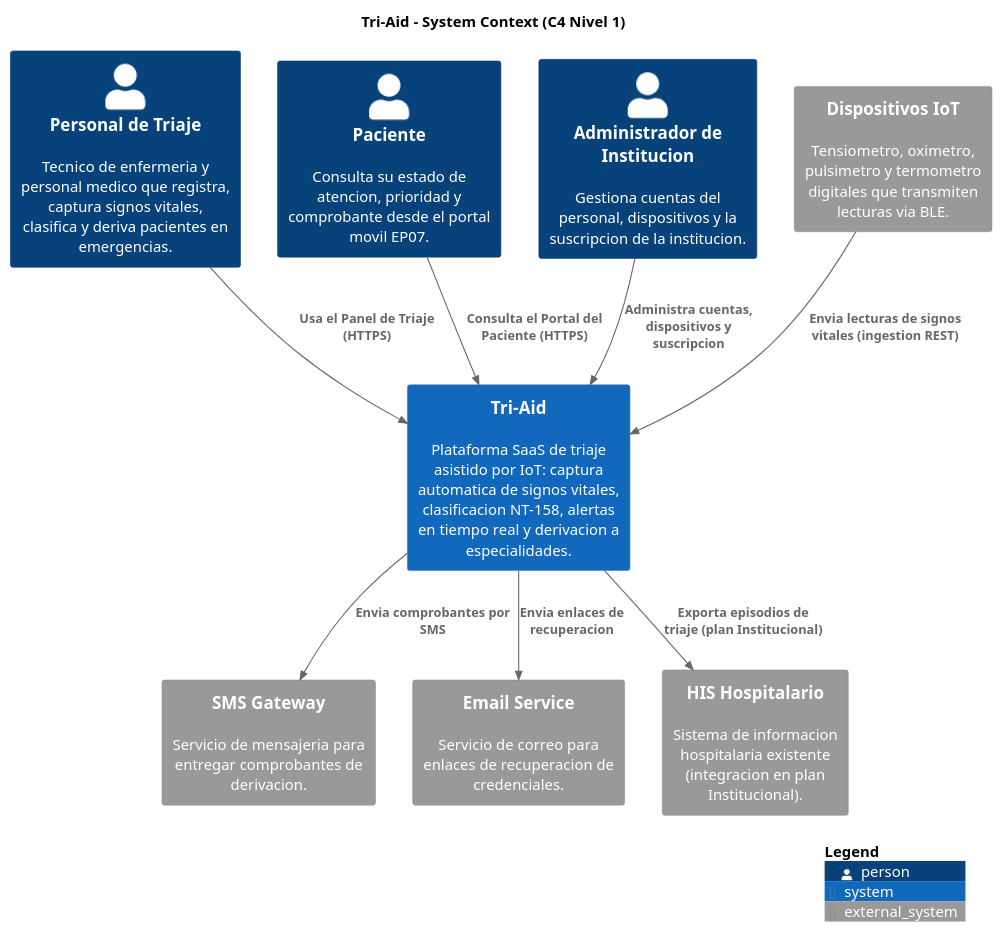
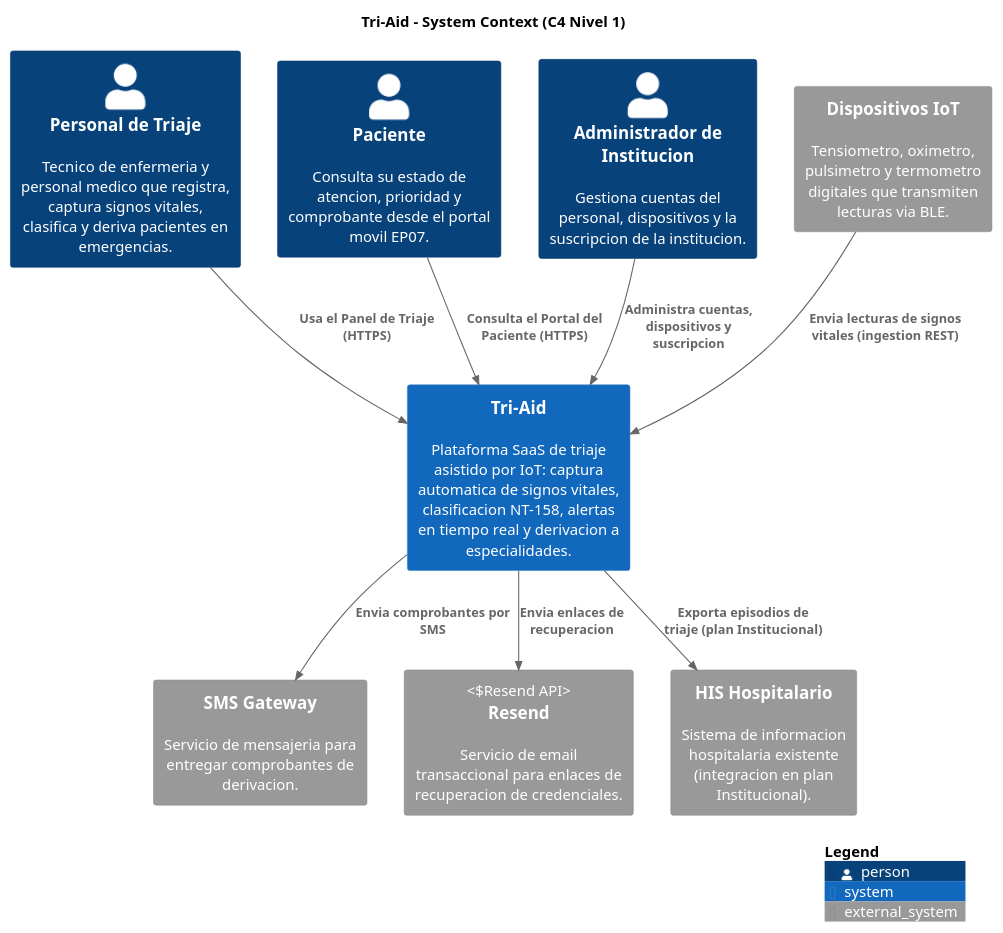
One commit to upc-pre-1ASI0730-2620-8155-SoliDevs/project-report changed the diagram in report/assets/plantuml/c4_context.puml. Above: the diagram before and after it, drawn with PlantUML. The commit also changed 7 other files, not shown here.

First line of the commit message:
feat(c4): replace generic Email Service with Resend as transactional email provider

```diff
--- a/report/assets/plantuml/c4_context.puml
+++ b/report/assets/plantuml/c4_context.puml
@@ -1,25 +1,25 @@
 @startuml C4_Context
 !include <C4/C4_Context>
 title Tri-Aid - System Context (C4 Nivel 1)
 
 Person(triageStaff, "Personal de Triaje", "Tecnico de enfermeria y personal medico que registra, captura signos vitales, clasifica y deriva pacientes en emergencias.")
 Person(patient, "Paciente", "Consulta su estado de atencion, prioridad y comprobante desde el portal movil EP07.")
 Person(institutionAdmin, "Administrador de Institucion", "Gestiona cuentas del personal, dispositivos y la suscripcion de la institucion.")
 
 System(triAid, "Tri-Aid", "Plataforma SaaS de triaje asistido por IoT: captura automatica de signos vitales, clasificacion NT-158, alertas en tiempo real y derivacion a especialidades.")
 
 System_Ext(iot, "Dispositivos IoT", "Tensiometro, oximetro, pulsimetro y termometro digitales que transmiten lecturas via BLE.")
 System_Ext(sms, "SMS Gateway", "Servicio de mensajeria para entregar comprobantes de derivacion.")
-System_Ext(email, "Email Service", "Servicio de correo para enlaces de recuperacion de credenciales.")
+System_Ext(email, "Resend", "Servicio de email transaccional para enlaces de recuperacion de credenciales.", "Resend API")
 System_Ext(his, "HIS Hospitalario", "Sistema de informacion hospitalaria existente (integracion en plan Institucional).")
 
 Rel(triageStaff, triAid, "Usa el Panel de Triaje (HTTPS)")
 Rel(patient, triAid, "Consulta el Portal del Paciente (HTTPS)")
 Rel(institutionAdmin, triAid, "Administra cuentas, dispositivos y suscripcion")
 Rel(iot, triAid, "Envia lecturas de signos vitales (ingestion REST)")
 Rel(triAid, sms, "Envia comprobantes por SMS")
 Rel(triAid, email, "Envia enlaces de recuperacion")
 Rel(triAid, his, "Exporta episodios de triaje (plan Institucional)")
 
 SHOW_LEGEND()
 @enduml
```
